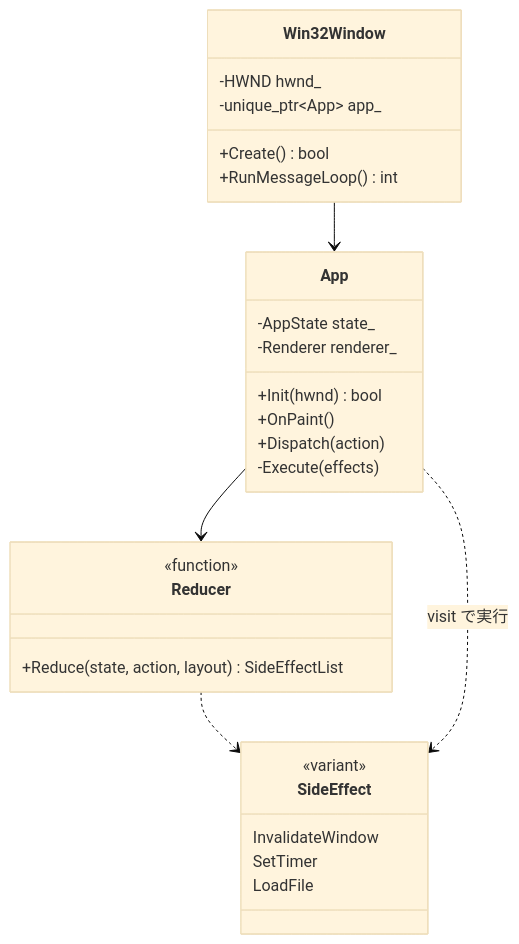
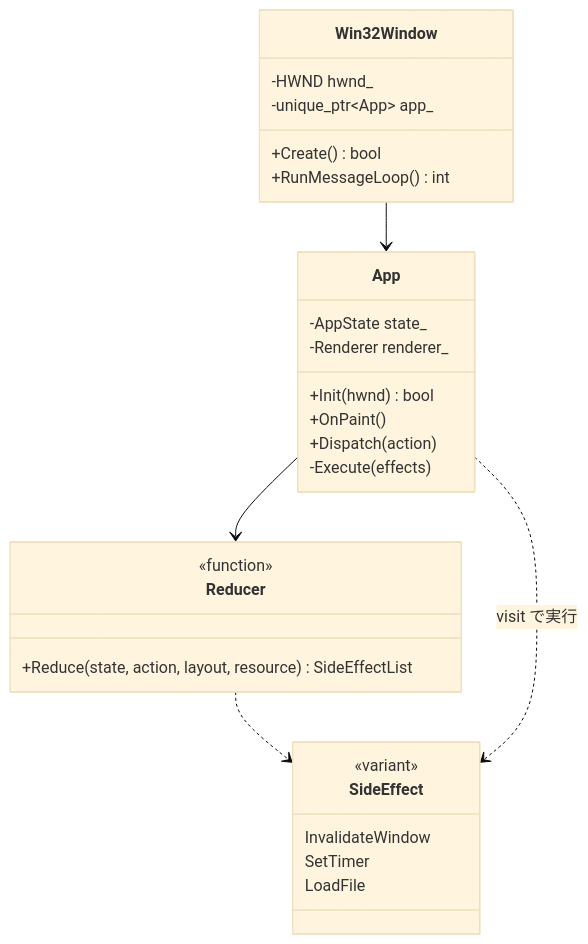
One commit to tanaton/mendo changed diagram 24 of 58 in example/test.md. Above: the diagram before and after it, drawn with Mermaid (base theme). The commit also changed other lines of this file and 91 other files, not shown here.

````diff
--- a/example/test.md
+++ b/example/test.md
@@ -5024,35 +5220,35 @@
 ```mermaid
 classDiagram
     class Win32Window {
         -HWND hwnd_
         -unique_ptr~App~ app_
         +Create() bool
         +RunMessageLoop() int
     }
 
     class App {
         -AppState state_
         -Renderer renderer_
         +Init(hwnd) bool
         +OnPaint()
         +Dispatch(action)
         -Execute(effects)
     }
 
     class Reducer {
         <<function>>
-        +Reduce(state, action, layout) SideEffectList
+        +Reduce(state, action, layout, resource) SideEffectList
     }
 
     class SideEffect {
         <<variant>>
         InvalidateWindow
         SetTimer
         LoadFile
     }
 
     Win32Window --> App
     App --> Reducer
     Reducer ..> SideEffect
     App ..> SideEffect : visit で実行
 ```
````
